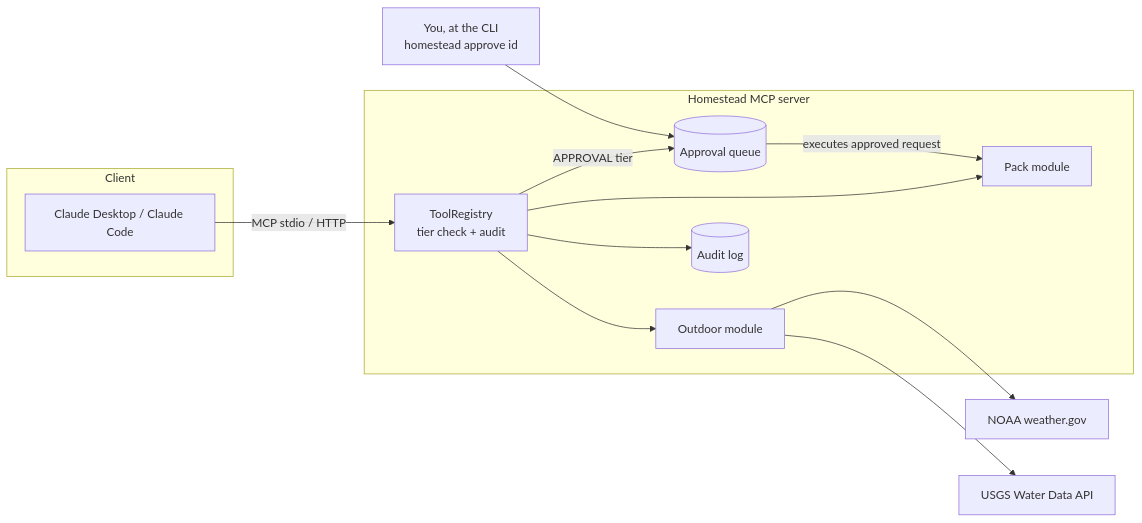
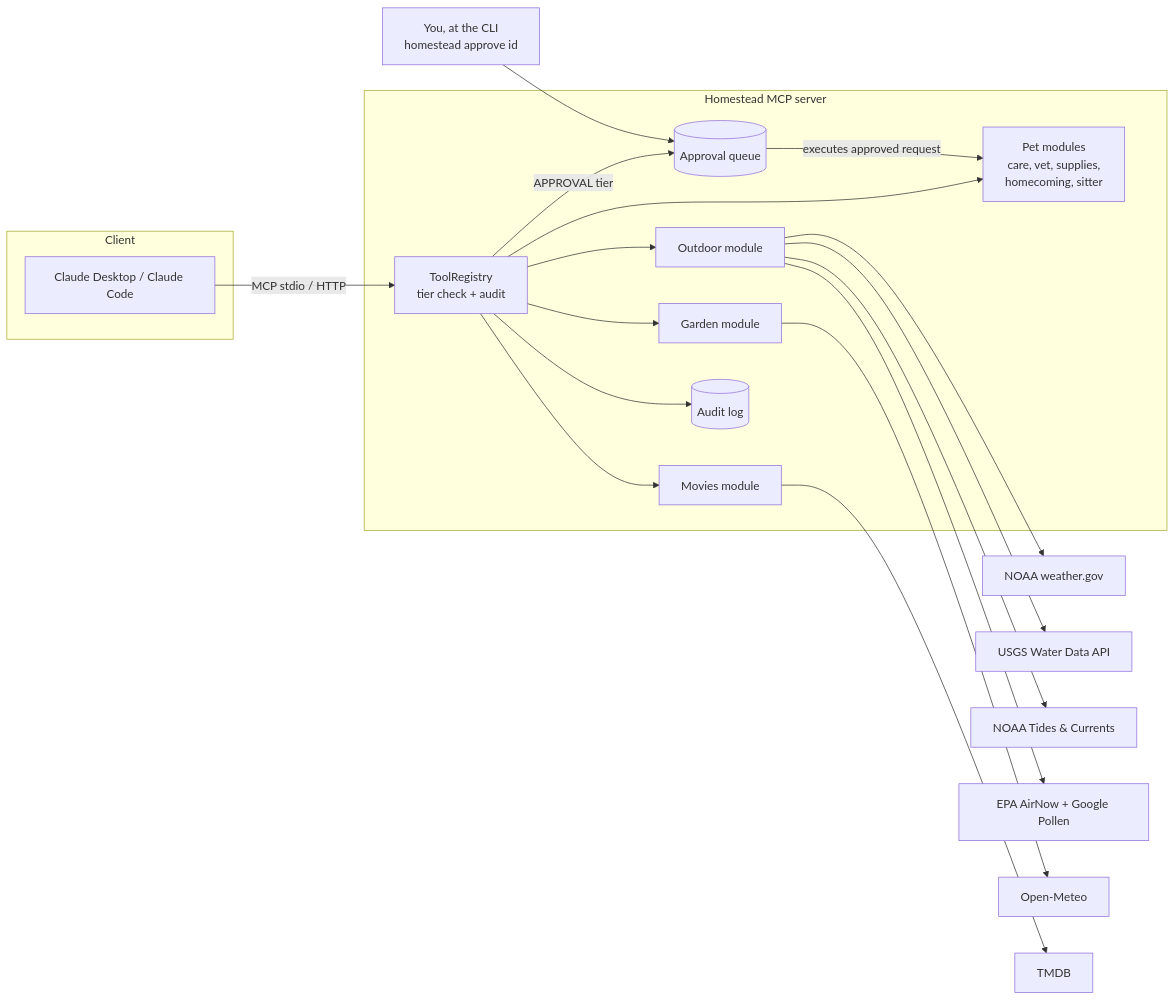
Before and after one commit to alammers83/homestead-mcp: the diagram in README.md, drawn with Mermaid. The commit also changed other lines of this file and 26 other files, not shown here.

First line of the commit message:
Add garden, horror watchlist, and outdoor and pet extensions

````diff
--- a/README.md
+++ b/README.md
@@ -40,22 +41,28 @@
 ```mermaid
 flowchart LR
   subgraph Client
     A[Claude Desktop / Claude Code]
   end
   subgraph Homestead MCP server
     R[ToolRegistry<br/>tier check + audit]
     O[Outdoor module]
-    P[Pack module]
+    P[Pet modules<br/>care, vet, supplies,<br/>homecoming, sitter]
+    G[Garden module]
+    M[Movies module]
     Q[(Approval queue)]
     L[(Audit log)]
   end
   H[You, at the CLI<br/>homestead approve id]
   A -- MCP stdio / HTTP --> R
-  R --> O & P
+  R --> O & P & G & M
   R -- APPROVAL tier --> Q
   R --> L
   O --> NWS[NOAA weather.gov]
   O --> USGS[USGS Water Data API]
+  O --> COOPS[NOAA Tides & Currents]
+  O --> AIR[EPA AirNow + Google Pollen]
+  G --> OM[Open-Meteo]
+  M --> TMDB[TMDB]
   H --> Q
   Q -- executes approved request --> P
 ```
````
